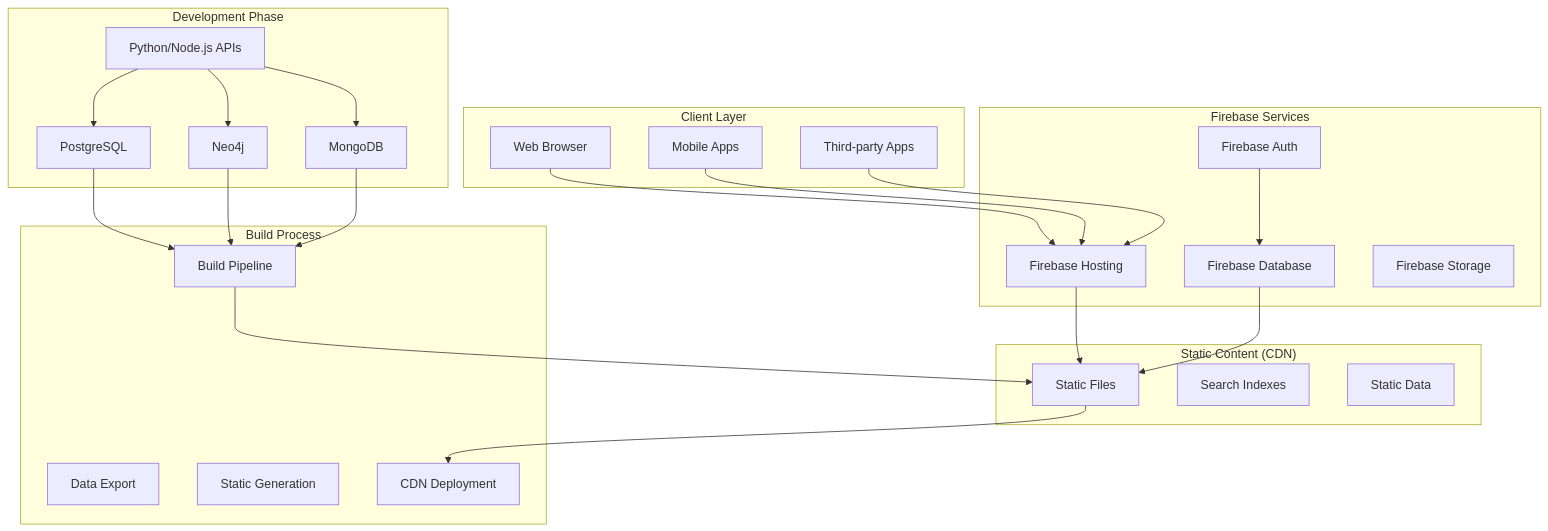
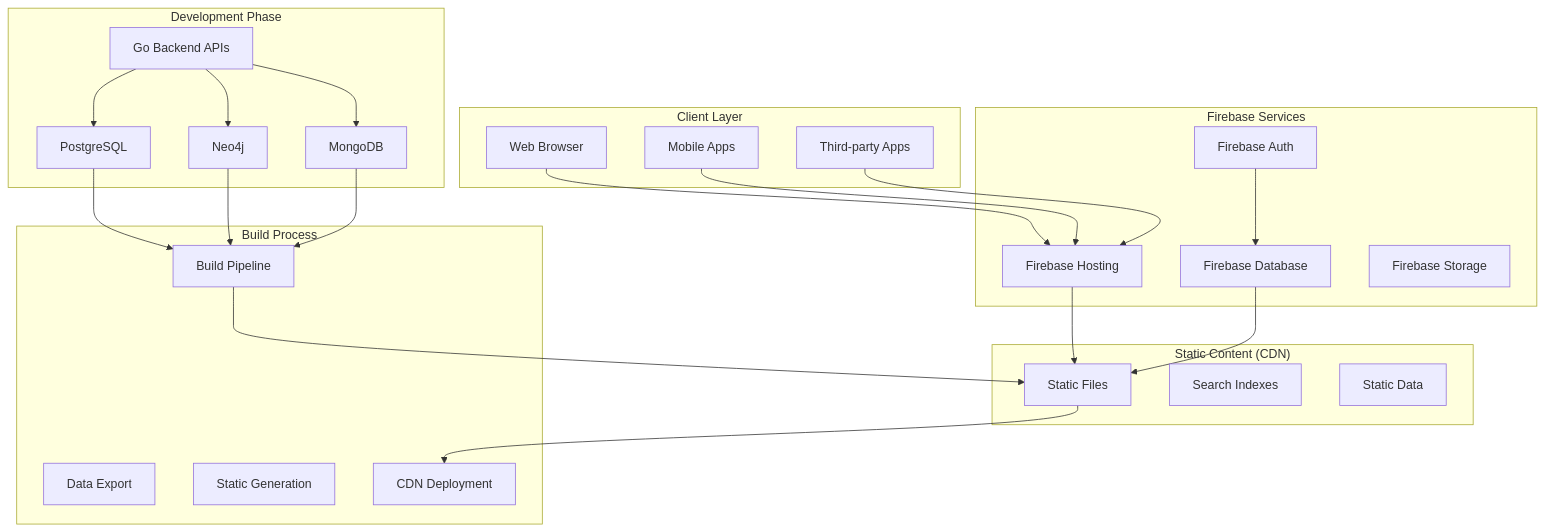
One commit to Dragon745/MuslimTree.org changed the first of 9 diagrams in Docs/Planning & Analysis Stage/04. system-architecture-document.md. Above: the diagram before and after it, drawn with Mermaid. The commit also changed other lines of this file and 2 other files, not shown here.

````diff
--- a/Docs/Planning & Analysis Stage/04. system-architecture-document.md
+++ b/Docs/Planning & Analysis Stage/04. system-architecture-document.md
@@ -38,50 +38,50 @@
 ```mermaid
 graph TB
     subgraph "Client Layer"
         WB[Web Browser]
         MA[Mobile Apps]
         TA[Third-party Apps]
     end
 
     subgraph "Firebase Services"
         FH[Firebase Hosting]
         FA[Firebase Auth]
         FD[Firebase Database]
         FS[Firebase Storage]
     end
 
     subgraph "Static Content (CDN)"
         SC[Static Files]
         SI[Search Indexes]
         SD[Static Data]
     end
 
     subgraph "Development Phase"
         PG[PostgreSQL]
         NG[Neo4j]
         MG[MongoDB]
-        API[Python/Node.js APIs]
+        GO[Go Backend APIs]
     end
 
     subgraph "Build Process"
         BP[Build Pipeline]
         DE[Data Export]
         SG[Static Generation]
         CD[CDN Deployment]
     end
 
     WB --> FH
     MA --> FH
     TA --> FH
     FH --> SC
     FA --> FD
     FD --> SC
-    API --> PG
-    API --> NG
-    API --> MG
+    GO --> PG
+    GO --> NG
+    GO --> MG
     PG --> BP
     NG --> BP
     MG --> BP
     BP --> SC
     SC --> CD
 ```
````
